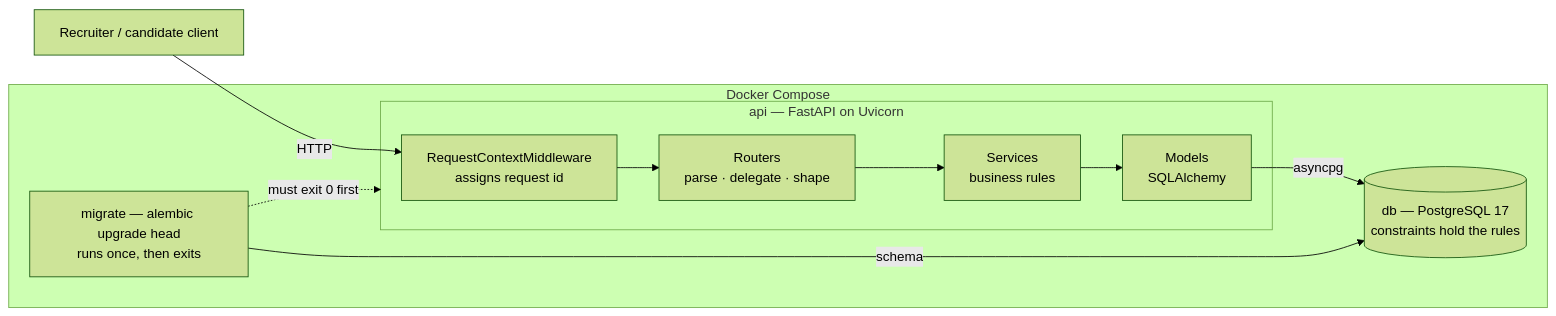
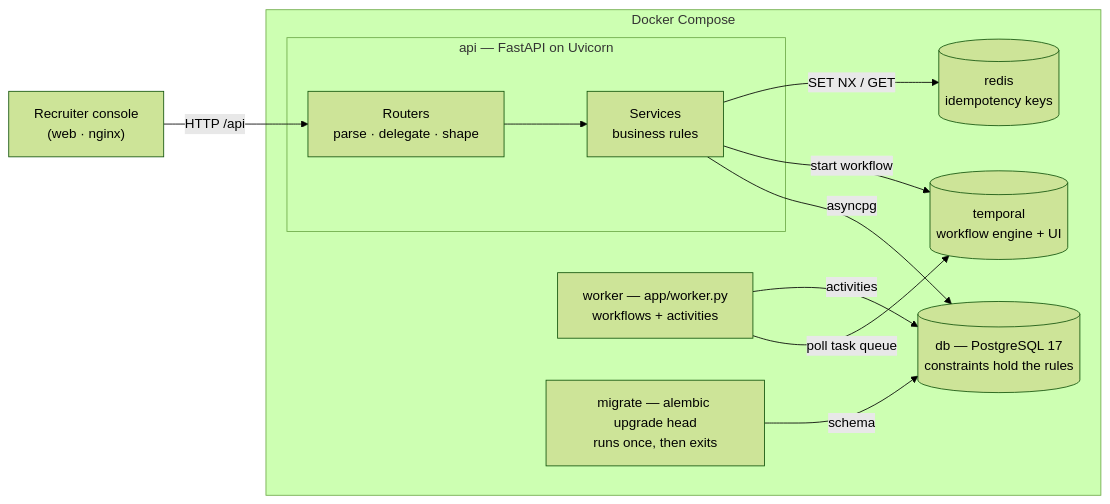
One commit to musman-se/smart-hire changed the first of 3 diagrams in docs/ARCHITECTURE.md. Above: the diagram before and after it, drawn with Mermaid (forest theme). The commit also changed other lines of this file and 4 other files, not shown here.

````diff
--- a/docs/ARCHITECTURE.md
+++ b/docs/ARCHITECTURE.md
@@ -14,19 +19,23 @@
 ```mermaid
 flowchart LR
-    Client["Recruiter / candidate client"]
+    Client["Recruiter console<br/>(web · nginx)"]
 
     subgraph Compose["Docker Compose"]
         subgraph API["api — FastAPI on Uvicorn"]
-            MW["RequestContextMiddleware<br/>assigns request id"]
             R["Routers<br/>parse · delegate · shape"]
             S["Services<br/>business rules"]
-            M["Models<br/>SQLAlchemy"]
         end
+        Worker["worker — app/worker.py<br/>workflows + activities"]
+        Temporal[("temporal<br/>workflow engine + UI")]
+        Redis[("redis<br/>idempotency keys")]
         Migrate["migrate — alembic upgrade head<br/>runs once, then exits"]
         DB[("db — PostgreSQL 17<br/>constraints hold the rules")]
     end
 
-    Client -->|HTTP| MW --> R --> S --> M -->|asyncpg| DB
+    Client -->|HTTP /api| R --> S -->|asyncpg| DB
+    S -->|start workflow| Temporal
+    S -->|SET NX / GET| Redis
+    Worker -->|poll task queue| Temporal
+    Worker -->|activities| DB
     Migrate -->|schema| DB
-    Migrate -.->|must exit 0 first| API
 ```
````
